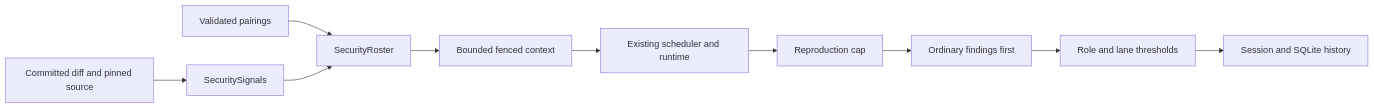
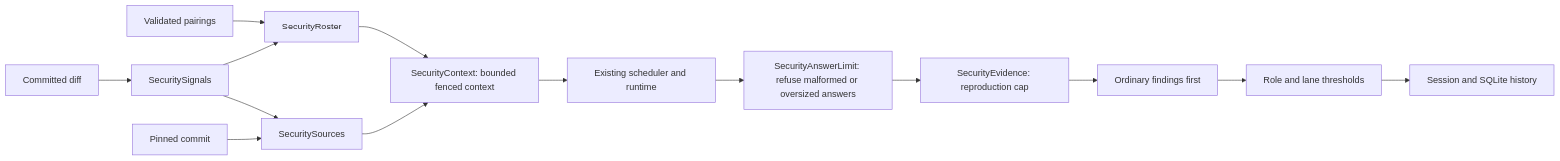
One commit to oleksandrdubyna88/dew_flow_connect_other_ais changed the diagram in research/module_security_lane.md. Above: the diagram before and after it, drawn with Mermaid. The commit also changed other lines of this file and 1 other file, not shown here.

Commit message:
docs(security): the lane gets its own README section, and its diagram names every stage
- README: the Security lane paragraph sat under "When the rounds run out", splitting that
  heading from the paragraph it introduces; it now has a section of its own.
- module_security_lane: the flowchart routes pinned source through SecuritySources into the
  context and shows SecurityAnswerLimit before the reproduction cap; the growth-table sentence
  links the design plan it refers to.

````diff
--- a/research/module_security_lane.md
+++ b/research/module_security_lane.md
@@ -7,12 +7,16 @@
 ```mermaid
 flowchart LR
   settings[Validated pairings] --> roster[SecurityRoster]
-  git[Committed diff and pinned source] --> signals[SecuritySignals]
+  diff[Committed diff] --> signals[SecuritySignals]
   signals --> roster
-  roster --> context[Bounded fenced context]
+  pinned[Pinned commit] --> sources[SecuritySources]
+  signals --> sources
+  sources --> context[SecurityContext: bounded fenced context]
+  roster --> context
   context --> scheduler[Existing scheduler and runtime]
-  scheduler --> evidence[Reproduction cap]
+  scheduler --> limit[SecurityAnswerLimit: refuse malformed or oversized answers]
+  limit --> evidence[SecurityEvidence: reproduction cap]
   evidence --> merge[Ordinary findings first]
   merge --> gate[Role and lane thresholds]
   gate --> history[Session and SQLite history]
 ```
````
